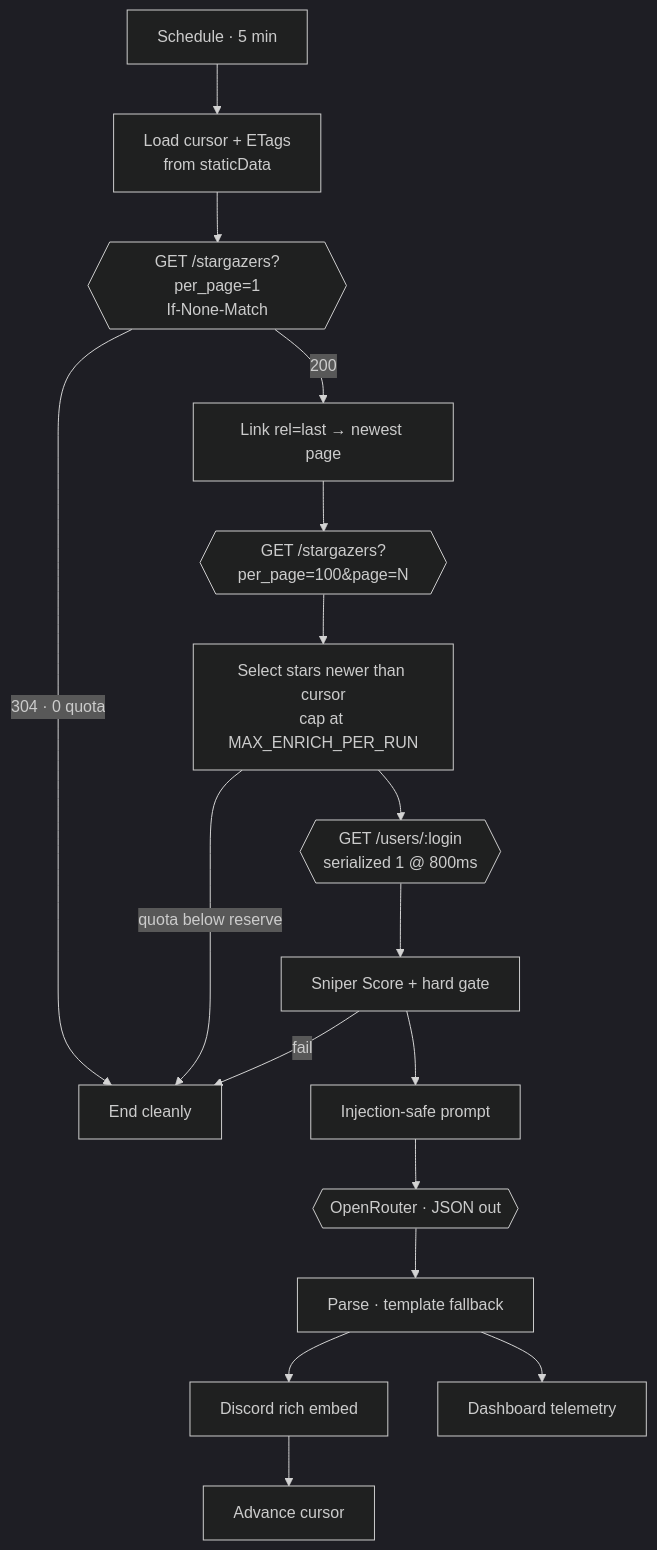
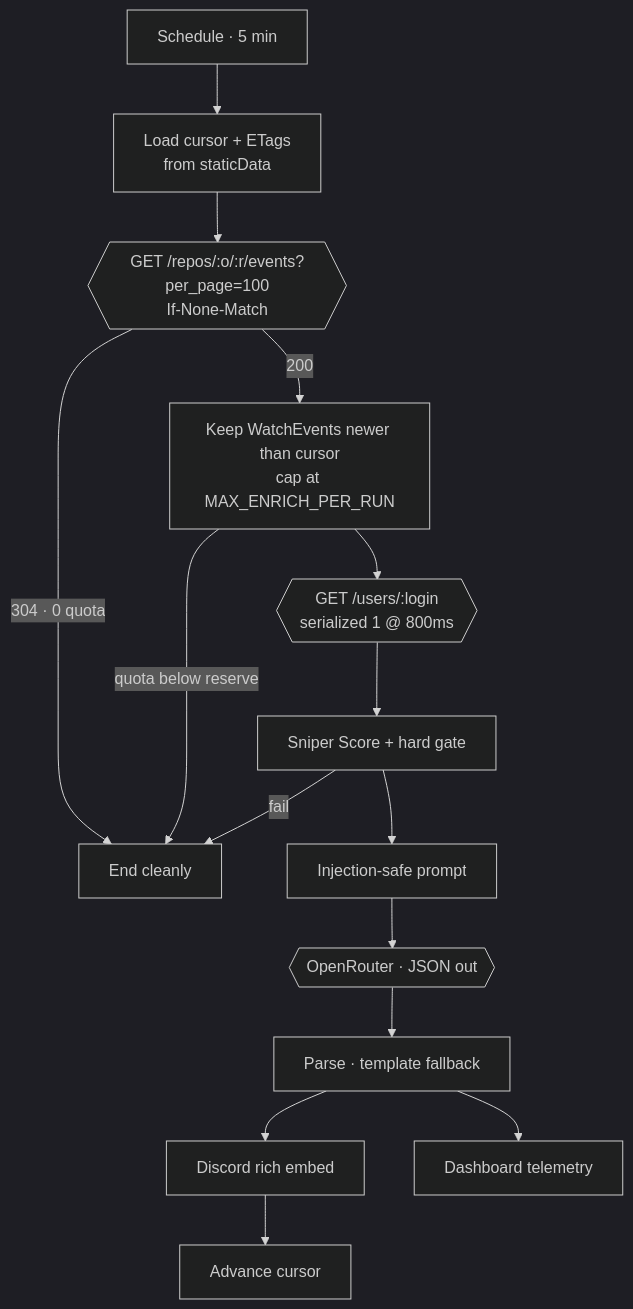
The diagram in README.md (SatyamSingh-Git/lead-sniper), drawn with Mermaid (dark theme) before and after one commit. The commit also changed other lines of this file and 11 other files, not shown here.

````diff
--- a/README.md
+++ b/README.md
@@ -136,19 +145,17 @@
 ```mermaid
 flowchart TD
     A[Schedule · 5 min] --> B[Load cursor + ETags<br/>from staticData]
-    B --> C{{"GET /stargazers?per_page=1<br/>If-None-Match"}}
+    B --> C{{"GET /repos/:o/:r/events?per_page=100<br/>If-None-Match"}}
     C -->|304 · 0 quota| Z[End cleanly]
-    C -->|200| D[Link rel=last → newest page]
-    D --> E{{"GET /stargazers?per_page=100&page=N"}}
-    E --> F[Select stars newer than cursor<br/>cap at MAX_ENRICH_PER_RUN]
+    C -->|200| F[Keep WatchEvents newer than cursor<br/>cap at MAX_ENRICH_PER_RUN]
     F -->|quota below reserve| Z
     F --> G{{"GET /users/:login<br/>serialized 1 @ 800ms"}}
     G --> H[Sniper Score + hard gate]
     H -->|fail| Z
     H --> I[Injection-safe prompt]
     I --> J{{OpenRouter · JSON out}}
     J --> K[Parse · template fallback]
     K --> L[Discord rich embed]
     K --> M[Dashboard telemetry]
     L --> N[Advance cursor]
 ```
````
